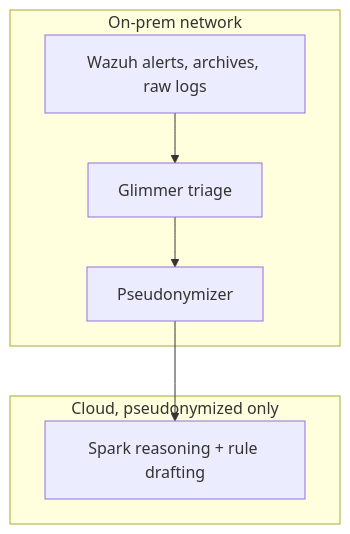
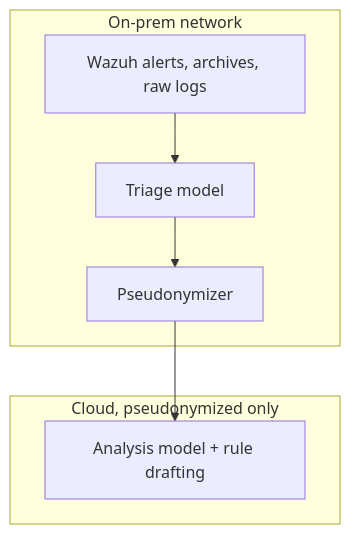
The second of 2 diagrams in README.md (Ekos-Cyber-Labs/Project-Corvus), drawn with Mermaid before and after one commit. The commit also changed other lines of this file and 3 other files, not shown here.

````diff
--- a/README.md
+++ b/README.md
@@ -27,12 +29,12 @@
 ```mermaid
 flowchart TB
     subgraph onprem [On-prem network]
         W2[Wazuh alerts, archives, raw logs]
-        G2[Glimmer triage]
+        G2[Triage model]
         P2[Pseudonymizer]
     end
     subgraph cloud [Cloud, pseudonymized only]
-        R2[Spark reasoning + rule drafting]
+        R2[Analysis model + rule drafting]
     end
     W2 --> G2 --> P2 --> R2
 ```
````
